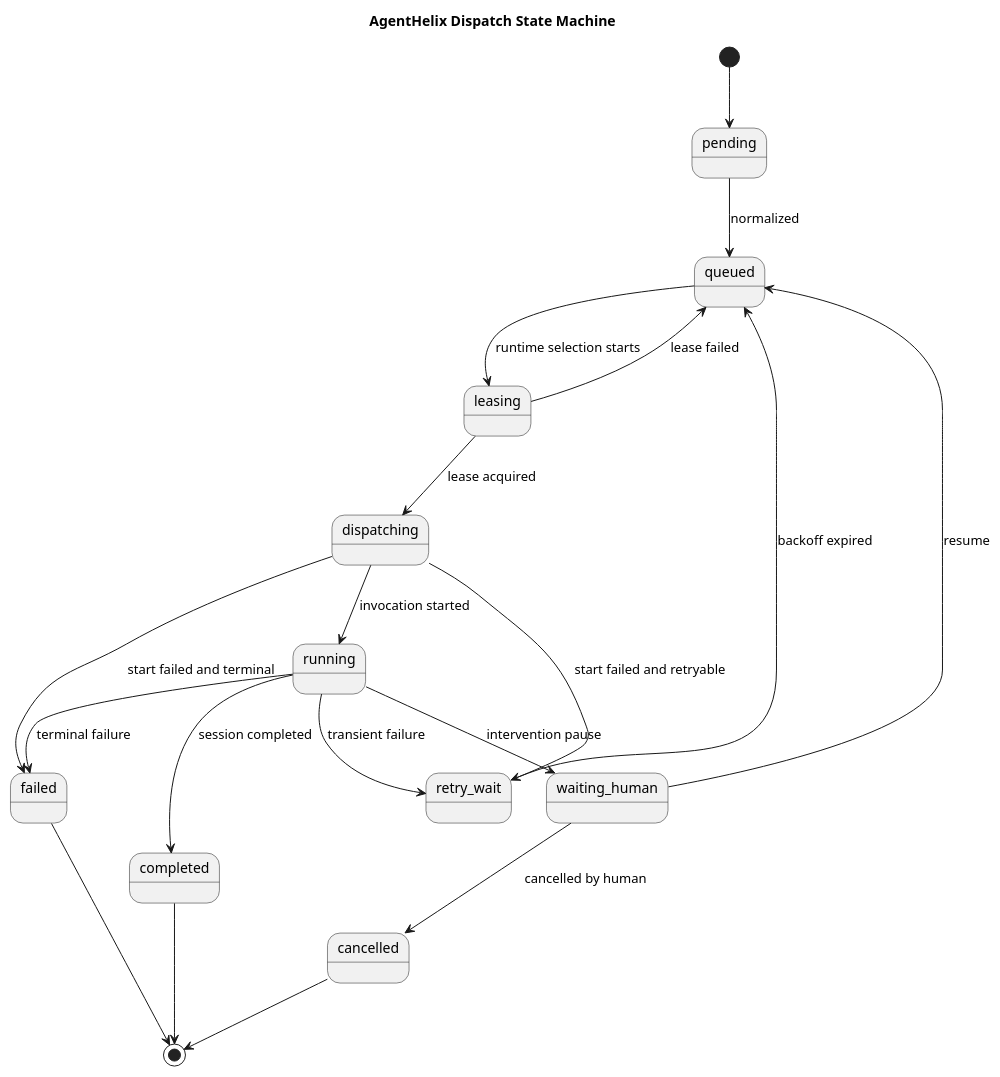
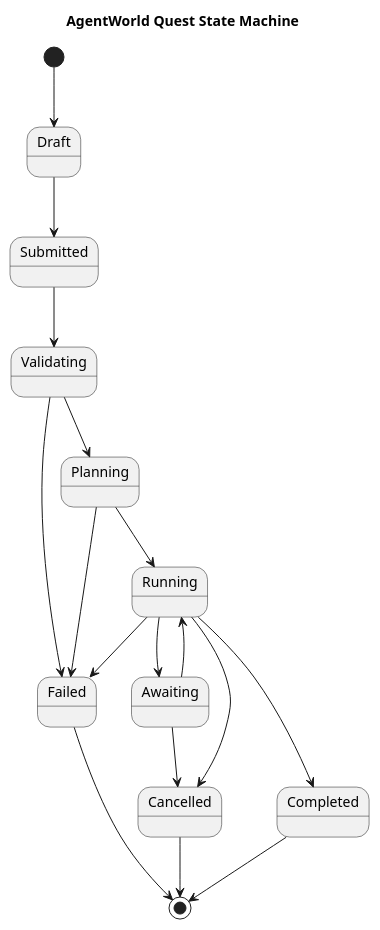
Before and after one commit to SimonMing47/agent-world: the sixth of 7 diagrams in docs/detailed-design.en.md, drawn with PlantUML. The commit also changed other lines of this file and 3 other files, not shown here.

````diff
--- a/docs/detailed-design.en.md
+++ b/docs/detailed-design.en.md
@@ -1349,25 +1078,23 @@
 ```plantuml
 @startuml
-title AgentHelix Dispatch State Machine
+title AgentWorld Quest State Machine
 
-[*] --> pending
-pending --> queued : normalized
-queued --> leasing : runtime selection starts
-leasing --> dispatching : lease acquired
-leasing --> queued : lease failed
-dispatching --> running : invocation started
-dispatching --> retry_wait : start failed and retryable
-dispatching --> failed : start failed and terminal
-running --> waiting_human : intervention pause
-running --> completed : session completed
-running --> retry_wait : transient failure
-running --> failed : terminal failure
-waiting_human --> queued : resume
-waiting_human --> cancelled : cancelled by human
-retry_wait --> queued : backoff expired
-cancelled --> [*]
-completed --> [*]
-failed --> [*]
+[*] --> Draft
+Draft --> Submitted
+Submitted --> Validating
+Validating --> Planning
+Validating --> Failed
+Planning --> Running
+Planning --> Failed
+Running --> Awaiting
+Running --> Completed
+Running --> Failed
+Awaiting --> Running
+Awaiting --> Cancelled
+Running --> Cancelled
+Failed --> [*]
+Completed --> [*]
+Cancelled --> [*]
 
 @enduml
 ```
````
